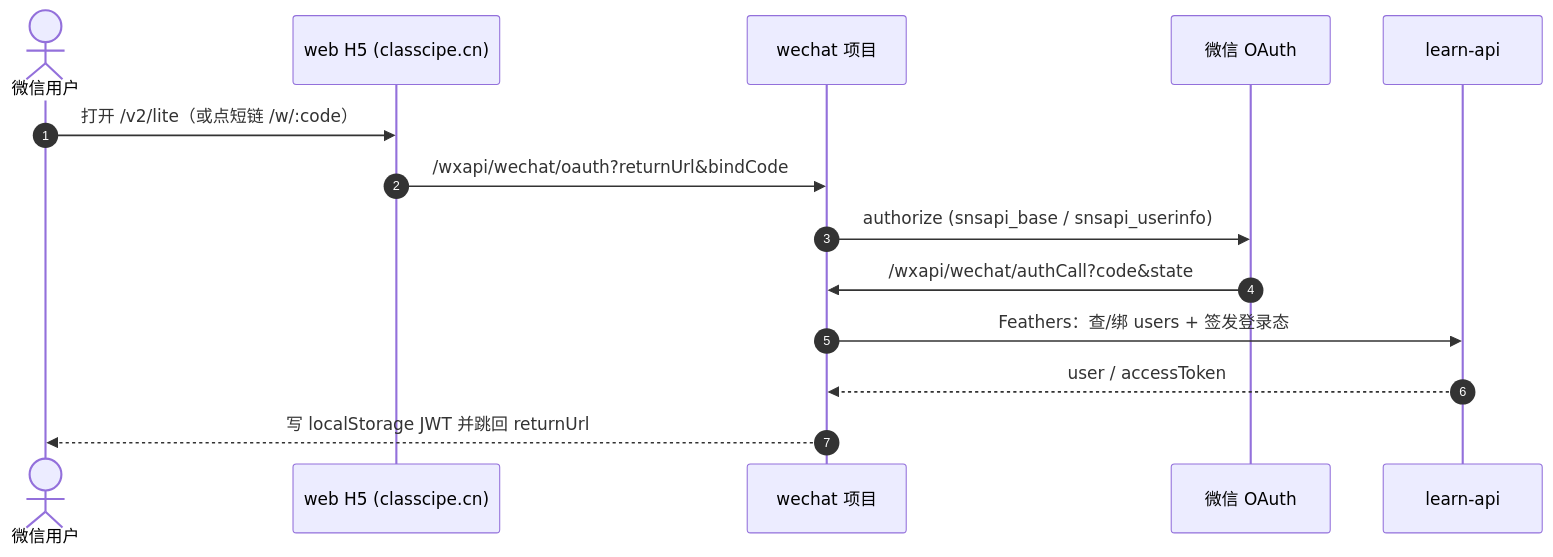
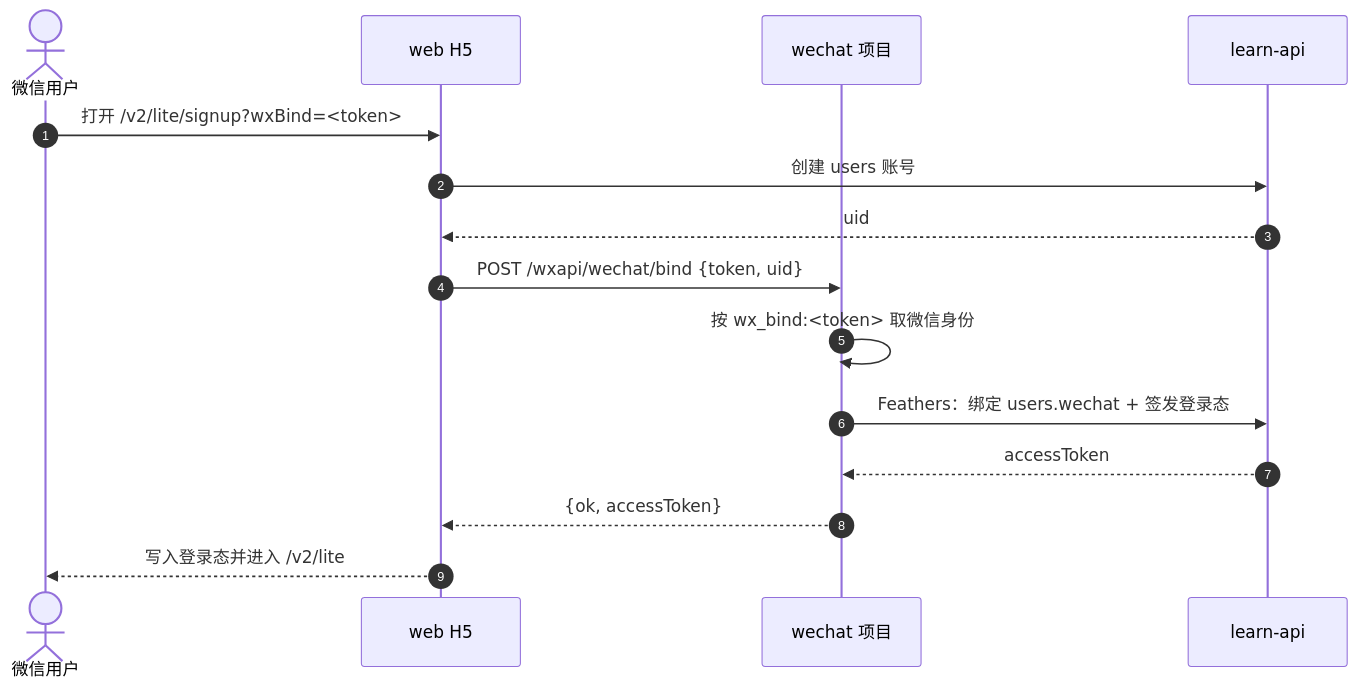
One commit to zran-nz/doc changed the third of 3 diagrams in fio/wechat.md. Above: the diagram before and after it, drawn with Mermaid. The commit also changed other lines of this file, not shown here.

Commit message:
更新微信注册/绑定流程文档 将时序图改为通过一次性 wxBind 码创建账号、绑定微信并签发登录态 明确注册成功后直接进入 /v2/lite，不再经过 OAuth 静默授权或失败回退 同步调整迁移收尾与上线检查说明

````diff
--- a/fio/wechat.md
+++ b/fio/wechat.md
@@ -98,16 +98,17 @@
 ```mermaid
 sequenceDiagram
     autonumber
     actor U as 微信用户
-    participant H5 as web H5 (classcipe.cn)
+    participant H5 as web H5
     participant WC as wechat 项目
-    participant WX as 微信 OAuth
     participant API as learn-api
-    U->>H5: 打开 /v2/lite（或点短链 /w/:code）
-    H5->>WC: /wxapi/wechat/oauth?returnUrl&bindCode
-    WC->>WX: authorize (snsapi_base / snsapi_userinfo)
-    WX->>WC: /wxapi/wechat/authCall?code&state
-    WC->>API: Feathers：查/绑 users + 签发登录态
-    API-->>WC: user / accessToken
-    WC-->>U: 写 localStorage JWT 并跳回 returnUrl
+    U->>H5: 打开 /v2/lite/signup?wxBind=<token>
+    H5->>API: 创建 users 账号
+    API-->>H5: uid
+    H5->>WC: POST /wxapi/wechat/bind {token, uid}
+    WC->>WC: 按 wx_bind:<token> 取微信身份
+    WC->>API: Feathers：绑定 users.wechat + 签发登录态
+    API-->>WC: accessToken
+    WC-->>H5: {ok, accessToken}
+    H5-->>U: 写入登录态并进入 /v2/lite
 ```
````
